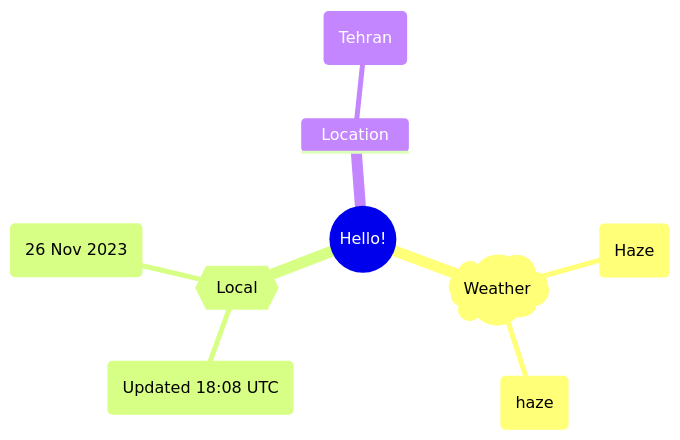
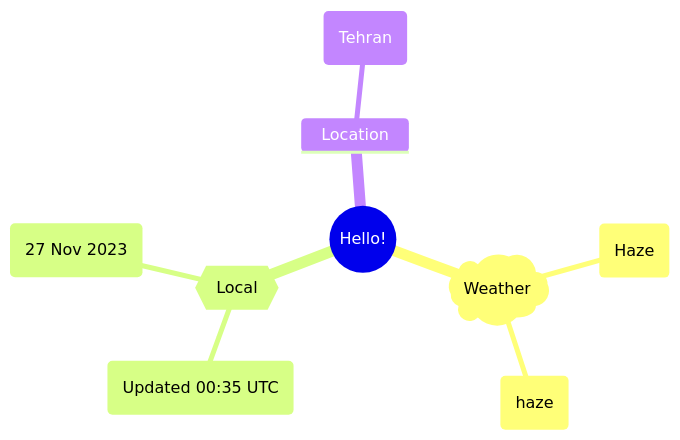
The first of 2 diagrams in README.md (Xosrov/Xosrov), drawn with Mermaid before and after one commit.

Commit message:
[bot] updated images

````diff
--- a/README.md
+++ b/README.md
@@ -3,12 +3,12 @@
 ```mermaid
 mindmap
   root((Hello!))
     )Weather(
         (Haze)
         (haze)
     {{Local}}
-        (Updated 18:08 UTC)
-        (26 Nov 2023)
+        (Updated 00:35 UTC)
+        (27 Nov 2023)
     Location
         (Tehran)
 ```
````
